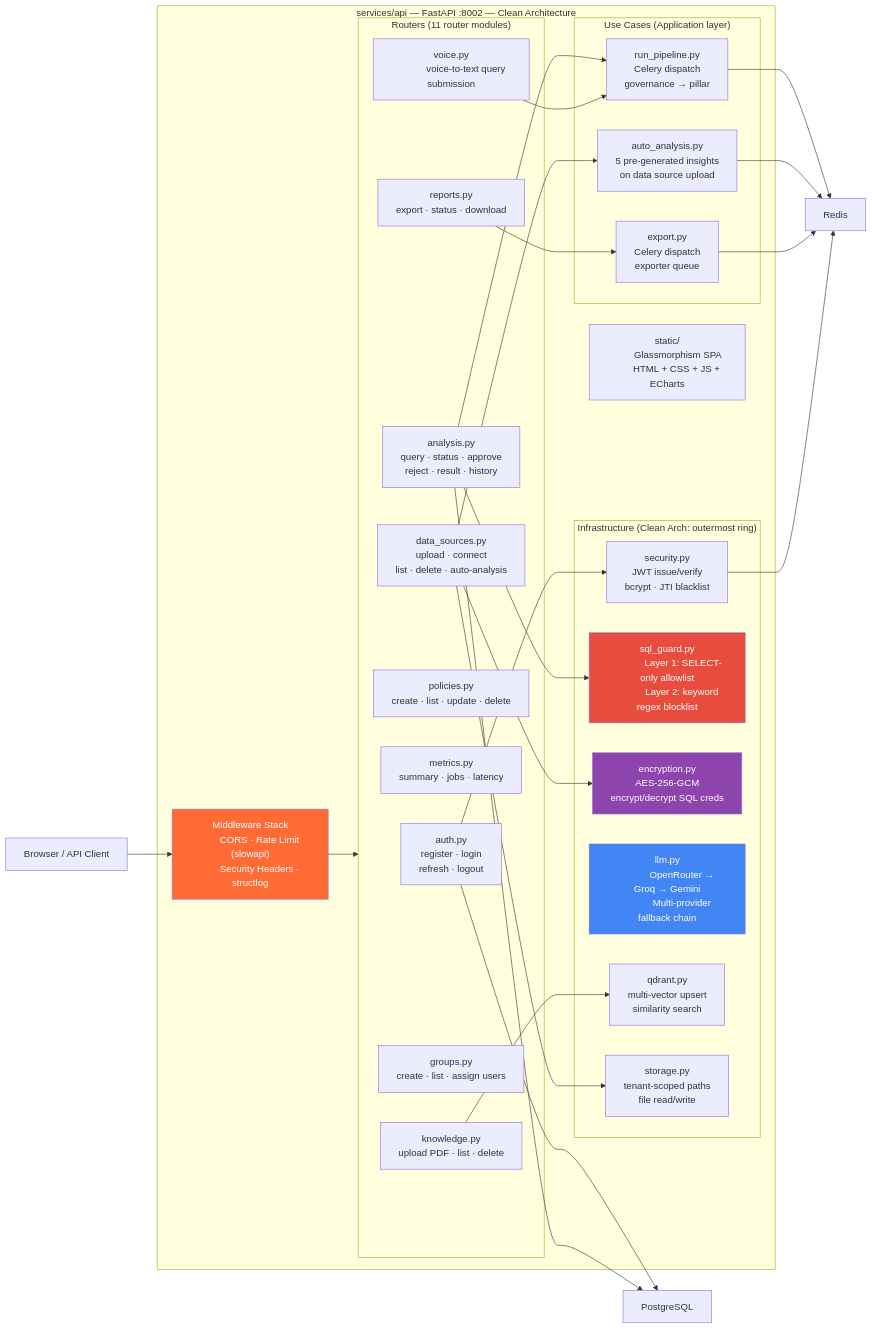
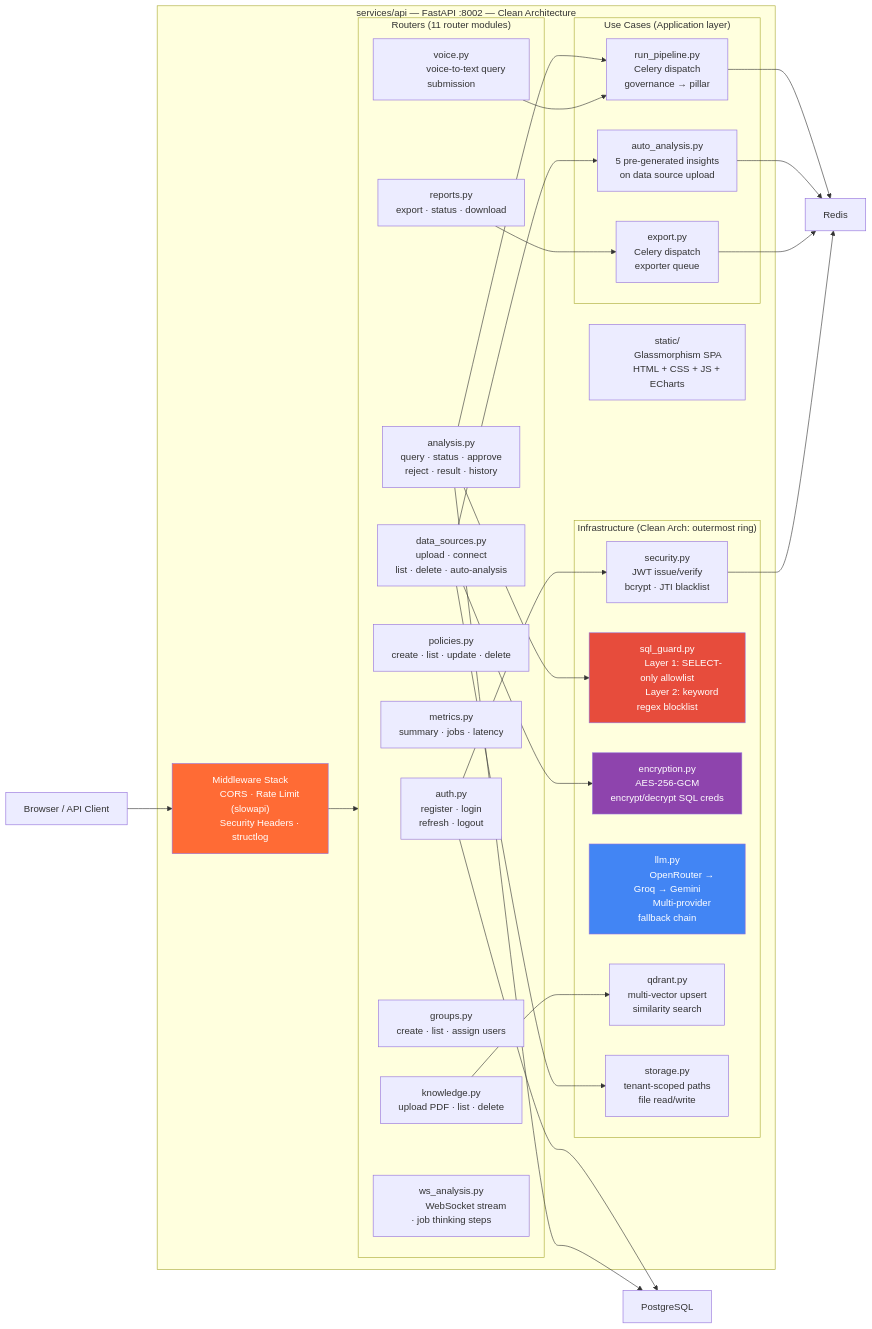
Before and after one commit to OmarAbdelhamidAly/OpenQ-Federated-Agentic-Intelligence-Platform: the third of 13 diagrams in NTI_C4_DIAGRAMS.md, drawn with Mermaid. The commit also changed other lines of this file and 3 other files, not shown here.

```diff
--- a/NTI_C4_DIAGRAMS.md
+++ b/NTI_C4_DIAGRAMS.md
@@ -317,6 +321,9 @@
 
             VoiR["voice.py
             voice-to-text query submission"]
+
+            WSAnalR["ws_analysis.py
+            WebSocket stream · job thinking steps"]
         end
 
         subgraph Infra ["Infrastructure (Clean Arch: outermost ring)"]
```
